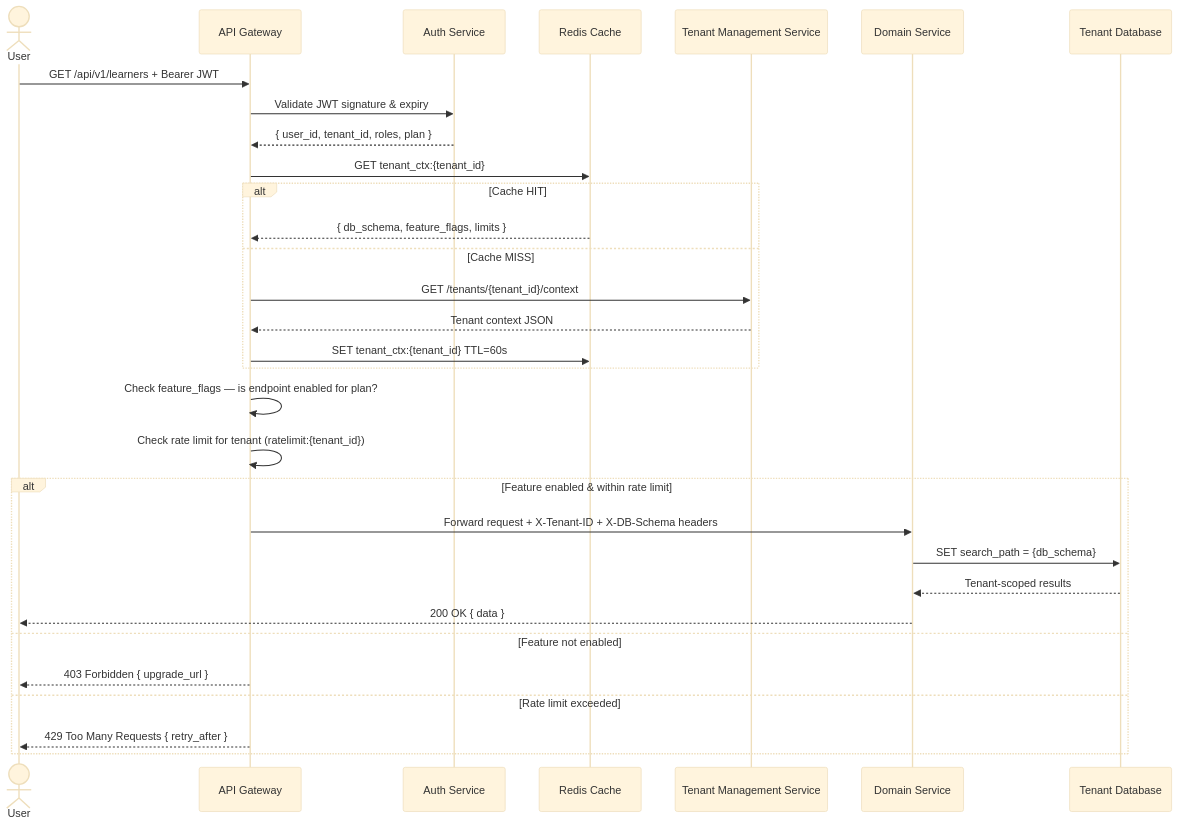
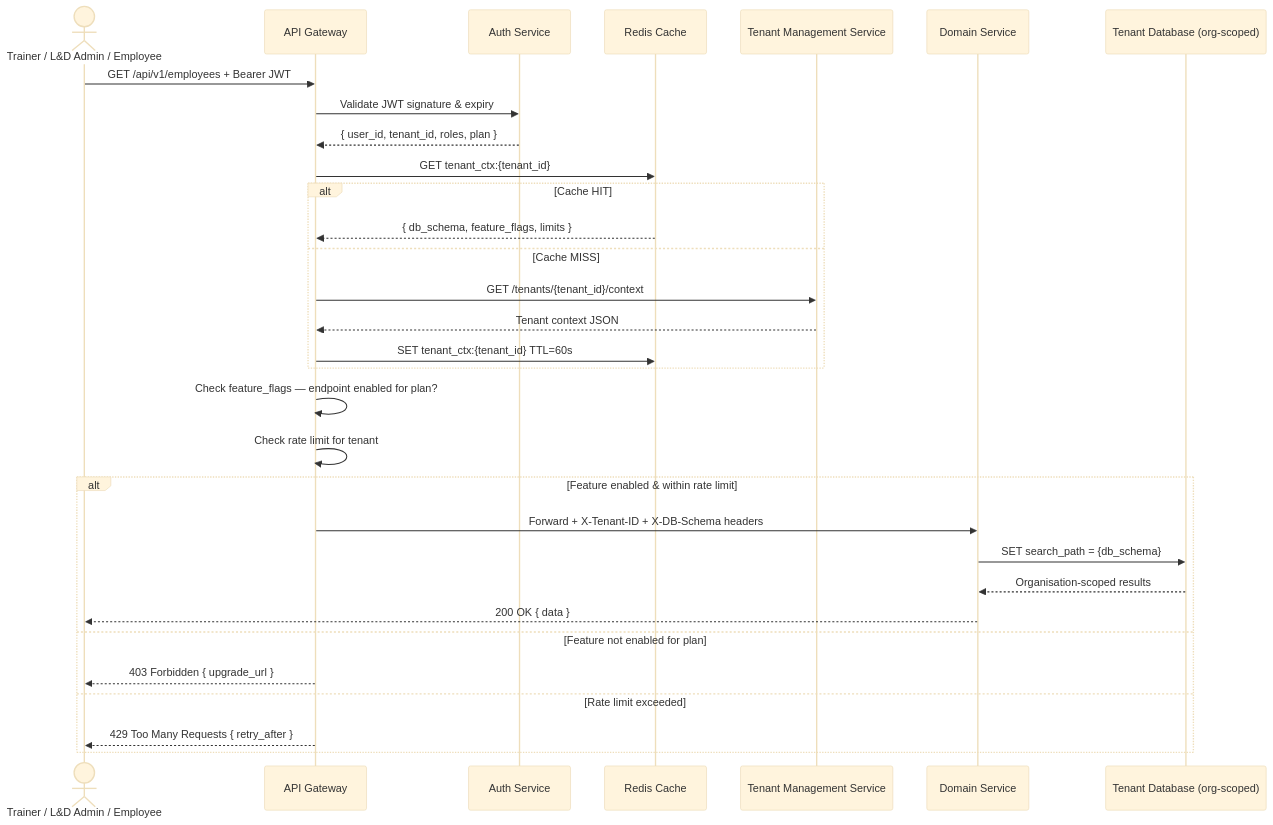
Before and after one commit to taarak18/propeller: the second of 9 diagrams in L-D/.sasva/overview/03-technical-flows.md, drawn with Mermaid (base theme). The commit also changed other lines of this file and 6 other files, not shown here.

````diff
--- a/L-D/.sasva/overview/03-technical-flows.md
+++ b/L-D/.sasva/overview/03-technical-flows.md
@@ -42,37 +42,37 @@
 ```mermaid
 sequenceDiagram
-    actor User
+    actor User as Trainer / L&D Admin / Employee
     participant GW as API Gateway
     participant AUTH as Auth Service
     participant REDIS as Redis Cache
     participant TMS as Tenant Management Service
     participant SVC as Domain Service
-    participant DB as Tenant Database
+    participant DB as Tenant Database (org-scoped)
 
-    User->>GW: GET /api/v1/learners + Bearer JWT
+    User->>GW: GET /api/v1/employees + Bearer JWT
     GW->>AUTH: Validate JWT signature & expiry
     AUTH-->>GW: { user_id, tenant_id, roles, plan }
     GW->>REDIS: GET tenant_ctx:{tenant_id}
 
     alt Cache HIT
         REDIS-->>GW: { db_schema, feature_flags, limits }
     else Cache MISS
         GW->>TMS: GET /tenants/{tenant_id}/context
         TMS-->>GW: Tenant context JSON
         GW->>REDIS: SET tenant_ctx:{tenant_id} TTL=60s
     end
 
-    GW->>GW: Check feature_flags — is endpoint enabled for plan?
-    GW->>GW: Check rate limit for tenant (ratelimit:{tenant_id})
+    GW->>GW: Check feature_flags — endpoint enabled for plan?
+    GW->>GW: Check rate limit for tenant
 
     alt Feature enabled & within rate limit
-        GW->>SVC: Forward request + X-Tenant-ID + X-DB-Schema headers
+        GW->>SVC: Forward + X-Tenant-ID + X-DB-Schema headers
         SVC->>DB: SET search_path = {db_schema}
-        DB-->>SVC: Tenant-scoped results
+        DB-->>SVC: Organisation-scoped results
         SVC-->>User: 200 OK { data }
-    else Feature not enabled
+    else Feature not enabled for plan
         GW-->>User: 403 Forbidden { upgrade_url }
     else Rate limit exceeded
         GW-->>User: 429 Too Many Requests { retry_after }
     end
 ```
````
